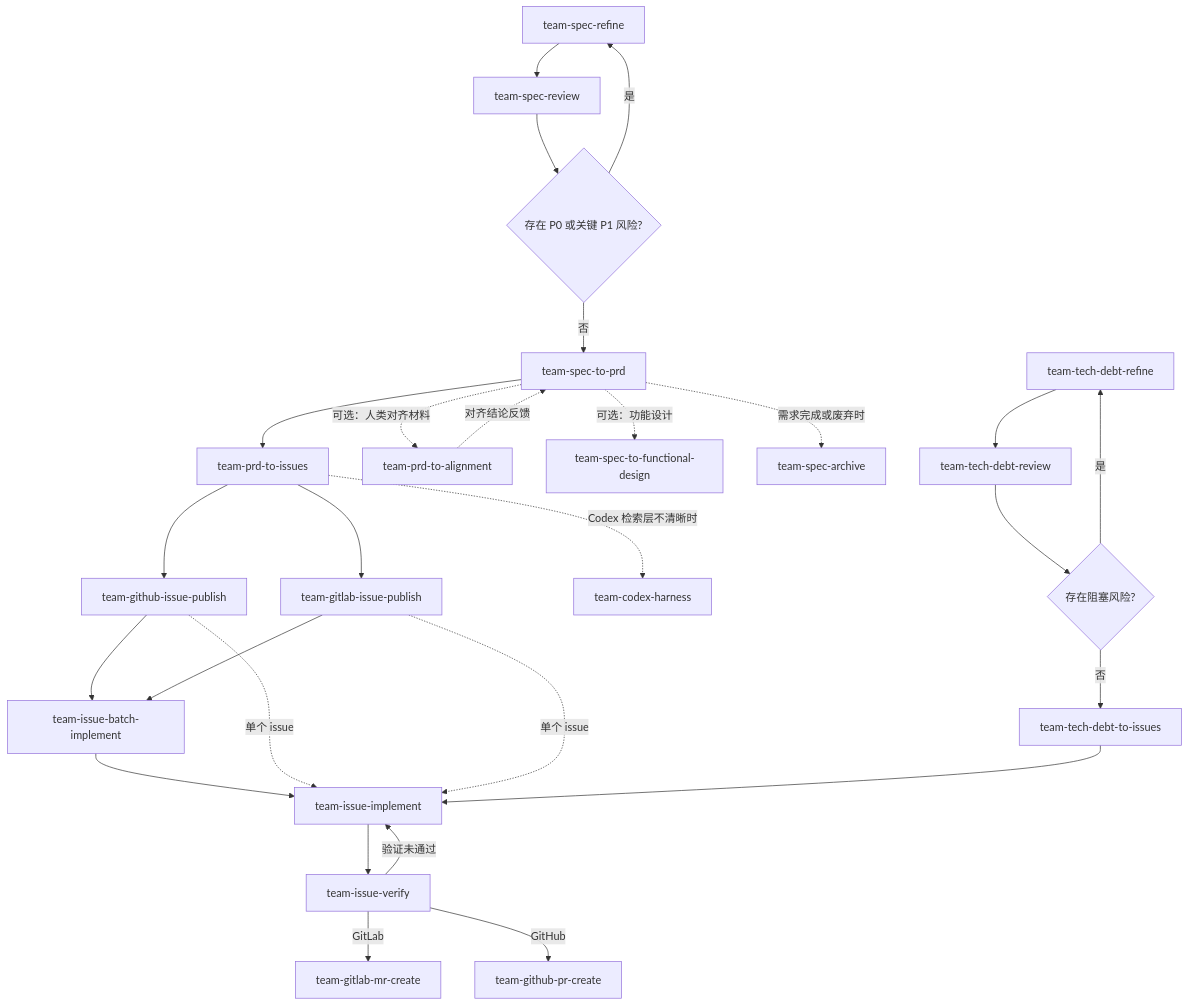
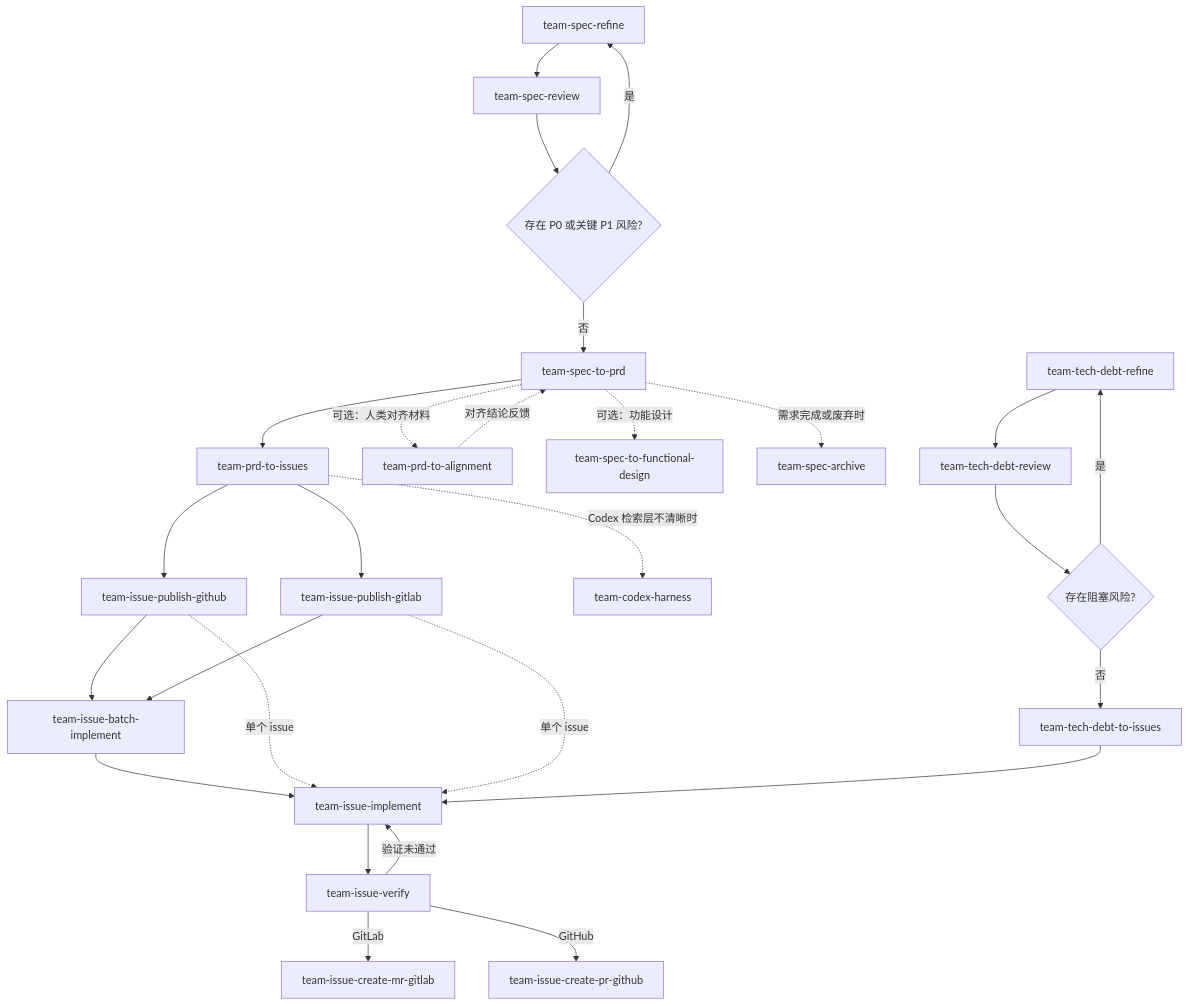
Before and after one commit to coolbeevip/team-ai-skills: the diagram in README.md, drawn with Mermaid. The commit also changed other lines of this file and 22 other files, not shown here.

````diff
--- a/README.md
+++ b/README.md
@@ -70,30 +70,30 @@
 ```mermaid
 flowchart TD
     A[team-spec-refine] --> B[team-spec-review]
     B --> C{存在 P0 或关键 P1 风险?}
     C -- 是 --> A
     C -- 否 --> D[team-spec-to-prd]
     D --> F[team-prd-to-issues]
     D -. 可选：人类对齐材料 .-> H[team-prd-to-alignment]
     H -. 对齐结论反馈 .-> D
     D -. 可选：功能设计 .-> R[team-spec-to-functional-design]
-    F --> N[team-github-issue-publish]
-    F --> O[team-gitlab-issue-publish]
+    F --> N[team-issue-publish-github]
+    F --> O[team-issue-publish-gitlab]
     F -. Codex 检索层不清晰时 .-> T[team-codex-harness]
     N --> U[team-issue-batch-implement]
     O --> U
     U --> G[team-issue-implement]
     N -. 单个 issue .-> G
     O -. 单个 issue .-> G
     G --> I[team-issue-verify]
     I -- 验证未通过 --> G
-    I -- GitLab --> P[team-gitlab-mr-create]
-    I -- GitHub --> Q[team-github-pr-create]
+    I -- GitLab --> P[team-issue-create-mr-gitlab]
+    I -- GitHub --> Q[team-issue-create-pr-github]
     D -. 需求完成或废弃时 .-> S[team-spec-archive]
 
     J[team-tech-debt-refine] --> K[team-tech-debt-review]
     K --> L{存在阻塞风险?}
     L -- 是 --> J
     L -- 否 --> M[team-tech-debt-to-issues]
     M --> G
 ```
````
